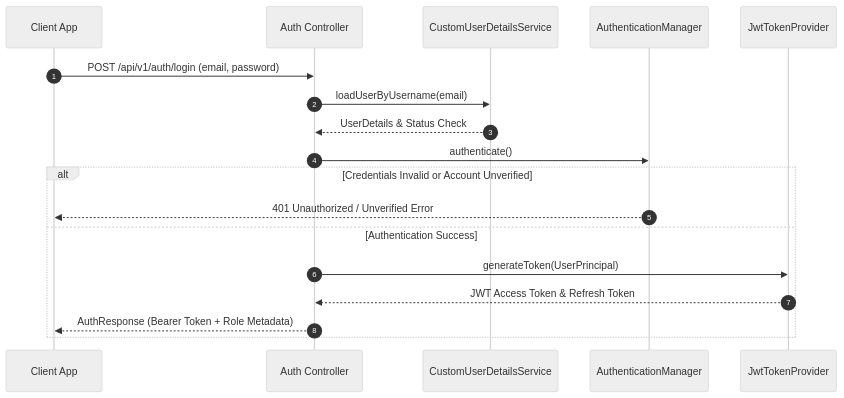
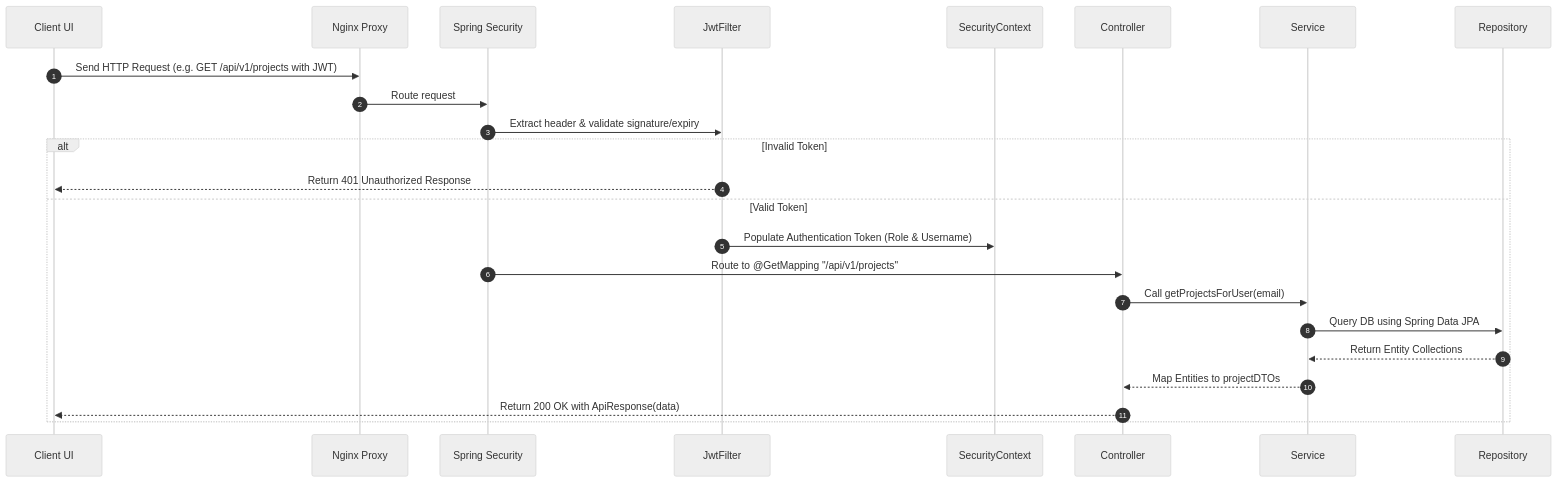
One commit to Vishnupriya1426/Project-Management-system changed the second of 7 diagrams in README.md. Above: the diagram before and after it, drawn with Mermaid (neutral theme). The commit also changed other lines of this file, not shown here.

````diff
--- a/README.md
+++ b/README.md
@@ -178,15 +139,18 @@
 ```mermaid
 sequenceDiagram
     autonumber
-    Client App->>Auth Controller: POST /api/v1/auth/login (email, password)
-    Auth Controller->>CustomUserDetailsService: loadUserByUsername(email)
-    CustomUserDetailsService-->>Auth Controller: UserDetails & Status Check
-    Auth Controller->>AuthenticationManager: authenticate()
-    alt Credentials Invalid or Account Unverified
-        AuthenticationManager-->>Client App: 401 Unauthorized / Unverified Error
-    else Authentication Success
-        Auth Controller->>JwtTokenProvider: generateToken(UserPrincipal)
-        JwtTokenProvider-->>Auth Controller: JWT Access Token & Refresh Token
-        Auth Controller-->>Client App: AuthResponse (Bearer Token + Role Metadata)
+    Client UI->>Nginx Proxy: Send HTTP Request (e.g. GET /api/v1/projects with JWT)
+    Nginx Proxy->>Spring Security: Route request
+    Spring Security->>JwtFilter: Extract header & validate signature/expiry
+    alt Invalid Token
+        JwtFilter-->>Client UI: Return 401 Unauthorized Response
+    else Valid Token
+        JwtFilter->>SecurityContext: Populate Authentication Token (Role & Username)
+        Spring Security->>Controller: Route to @GetMapping "/api/v1/projects"
+        Controller->>Service: Call getProjectsForUser(email)
+        Service->>Repository: Query DB using Spring Data JPA
+        Repository-->>Service: Return Entity Collections
+        Service-->>Controller: Map Entities to projectDTOs
+        Controller-->>Client UI: Return 200 OK with ApiResponse(data)
     end
 ```
````
